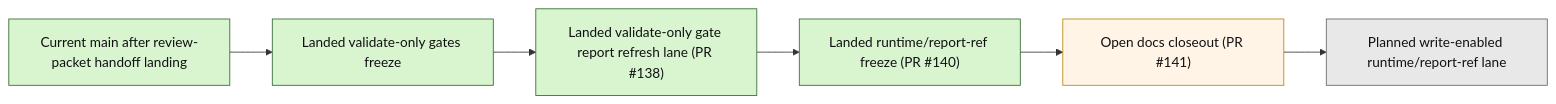
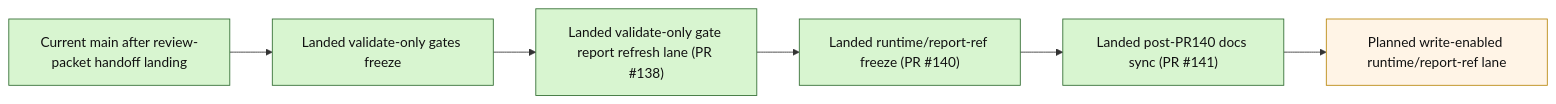
Before and after one commit to benjmcd/project6_REPO_MCP_FOLDER: the second of 2 diagrams in next_milestone_plans/layer3_progress_board.md, drawn with Mermaid. The commit also changed other lines of this file and 3 other files, not shown here.

Commit message:
docs(layer3): sync post-pr141 packet state

````diff
--- a/next_milestone_plans/layer3_progress_board.md
+++ b/next_milestone_plans/layer3_progress_board.md
@@ -194,16 +194,15 @@
 ```mermaid
 flowchart LR
     A["Current main after review-packet handoff landing"] --> B["Landed validate-only gates freeze"]
     B --> C["Landed validate-only gate report refresh lane (PR #138)"]
     C --> D["Landed runtime/report-ref freeze (PR #140)"]
-    D --> E["Open docs closeout (PR #141)"]
+    D --> E["Landed post-PR140 docs sync (PR #141)"]
     E --> F["Planned write-enabled runtime/report-ref lane"]
 
     classDef done fill:#d8f5d0,stroke:#2f6b2f,color:#111;
     classDef next fill:#fff4e6,stroke:#b8860b,color:#111;
     classDef future fill:#e8e8e8,stroke:#666,color:#111;
 
-    class A,B,C,D done;
-    class E next;
-    class F future;
+    class A,B,C,D,E done;
+    class F next;
 ```
````
